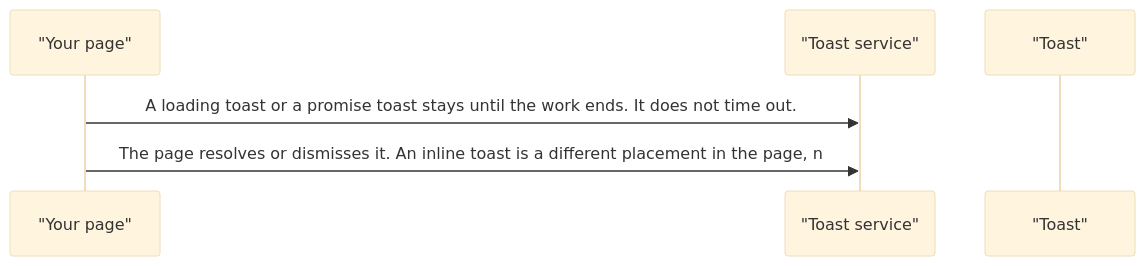
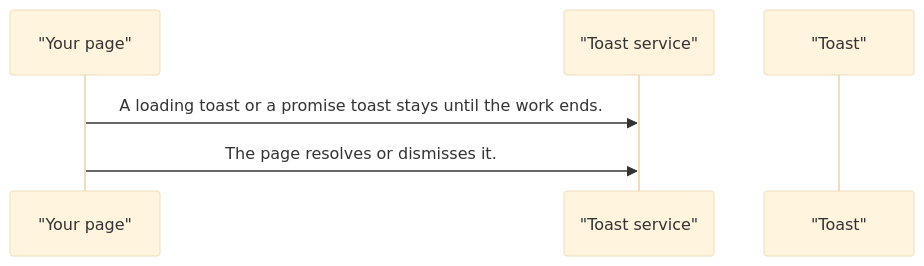
The fourth of 4 diagrams in projects/pixel-ui/src/lib/pixel-toast/DESIGN.md (RajshekharBorate/pixel-ui), drawn with Mermaid (base theme) before and after one commit. The commit also changed other lines of this file and 80 other files, not shown here.

Commit message:
Fill missing design flows and correct the stories that did not match component behavior.

````diff
--- a/projects/pixel-ui/src/lib/pixel-toast/DESIGN.md
+++ b/projects/pixel-ui/src/lib/pixel-toast/DESIGN.md
@@ -74,8 +74,8 @@
 ```mermaid
 sequenceDiagram
   participant page as "Your page"
   participant service as "Toast service"
   participant toast as "Toast"
-  page->>service: A loading toast or a promise toast stays until the work ends. It does not time out.
-  page->>service: The page resolves or dismisses it. An inline toast is a different placement in the page, n
+  page->>service: A loading toast or a promise toast stays until the work ends.
+  page->>service: The page resolves or dismisses it.
 ```
````
